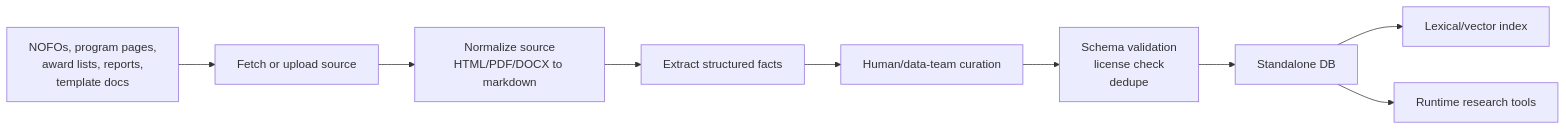
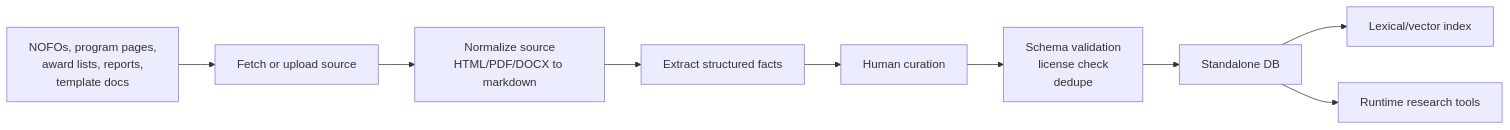
Before and after one commit to Open-Earth-Foundation/CityCatalyst: the eighth of 15 diagrams in docs/ConceptNoteBuilderArchitecture.md, drawn with Mermaid. The commit also changed other lines of this file, not shown here.

````diff
--- a/docs/ConceptNoteBuilderArchitecture.md
+++ b/docs/ConceptNoteBuilderArchitecture.md
@@ -617,11 +617,11 @@
 ```mermaid
 flowchart LR
     Sources["NOFOs, program pages,<br/>award lists, reports,<br/>template docs"] --> Fetch["Fetch or upload source"]
     Fetch --> Convert["Normalize source<br/>HTML/PDF/DOCX to markdown"]
     Convert --> Extract["Extract structured facts"]
-    Extract --> Curate["Human/data-team curation"]
+    Extract --> Curate["Human curation"]
     Curate --> Validate["Schema validation<br/>license check<br/>dedupe"]
     Validate --> Store["Standalone DB"]
     Store --> Index["Lexical/vector index"]
     Store --> Tools["Runtime research tools"]
 ```
````
